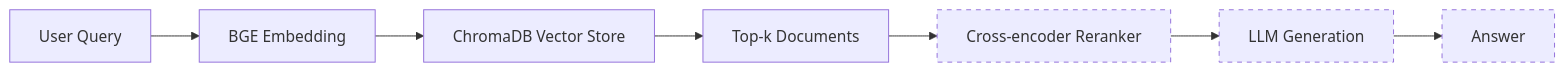
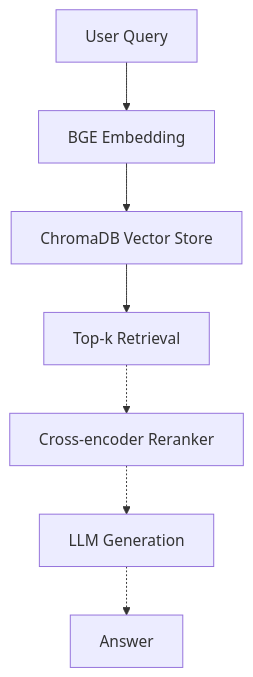
Before and after one commit to linxiang-ai/rag-from-scratch: the diagram in README.md, drawn with Mermaid. The commit also changed other lines of this file, not shown here.

Commit message:
fix: mermaid diagram layout

````diff
--- a/README.md
+++ b/README.md
@@ -20,13 +20,9 @@
 ```mermaid
-flowchart LR
+flowchart TD
     Q[User Query] --> E[BGE Embedding]
     E --> V[ChromaDB Vector Store]
-    V --> R[Top-k Documents]
-    R --> RR[Cross-encoder Reranker]
-    RR --> LLM[LLM Generation]
-    LLM --> A[Answer]
-
-    style RR stroke-dasharray: 5 5
-    style LLM stroke-dasharray: 5 5
-    style A stroke-dasharray: 5 5
+    V --> R[Top-k Retrieval]
+    R -.-> RR[Cross-encoder Reranker]
+    RR -.-> LLM[LLM Generation]
+    LLM -.-> A[Answer]
 ```
````
